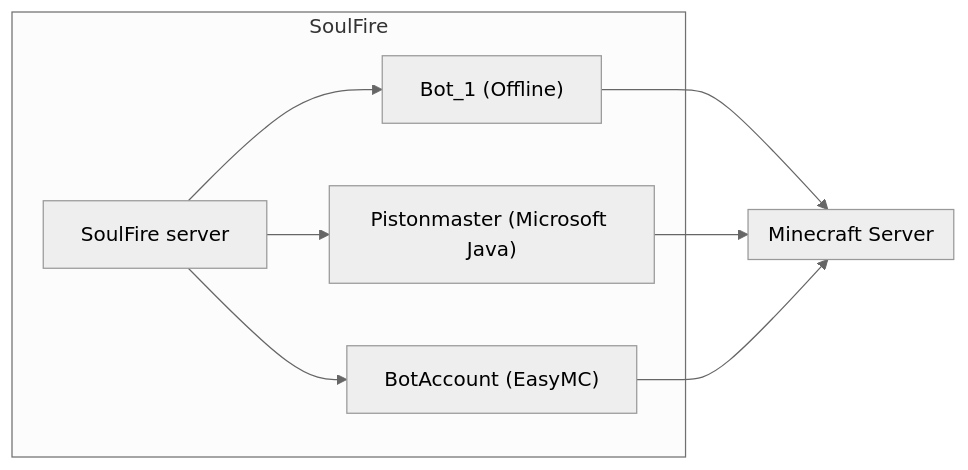
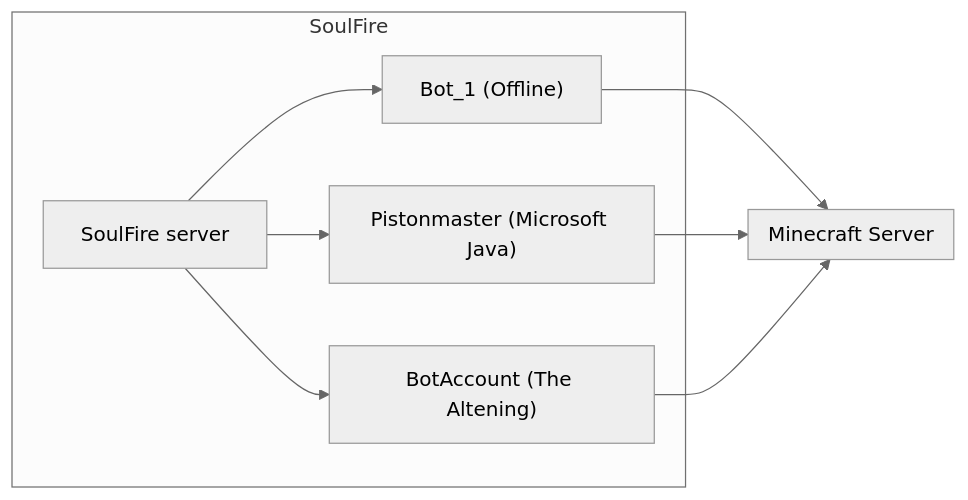
Before and after one commit to AlexProgrammerDE/soulfiremc.com: the diagram in pages/docs/usage/accounts.mdx, drawn with Mermaid (neutral theme). The commit also changed other lines of this file and 1 other file, not shown here.

Commit message:
Remove remaining EasyMC references

````diff
--- a/pages/docs/usage/accounts.mdx
+++ b/pages/docs/usage/accounts.mdx
@@ -11,17 +11,17 @@
 ```mermaid
 graph LR
     subgraph Y[SoulFire]
         S[SoulFire server]
         B1["Bot_1 (Offline)"]
         B2["Pistonmaster (Microsoft Java)"]
-        B3["BotAccount (EasyMC)"]
+        B3["BotAccount (The Altening)"]
     end
     subgraph M[Minecraft Server]
     end
     S --> B1
     S --> B2
     S --> B3
     B1 --> M
     B2 --> M
     B3 --> M
 ```
````
